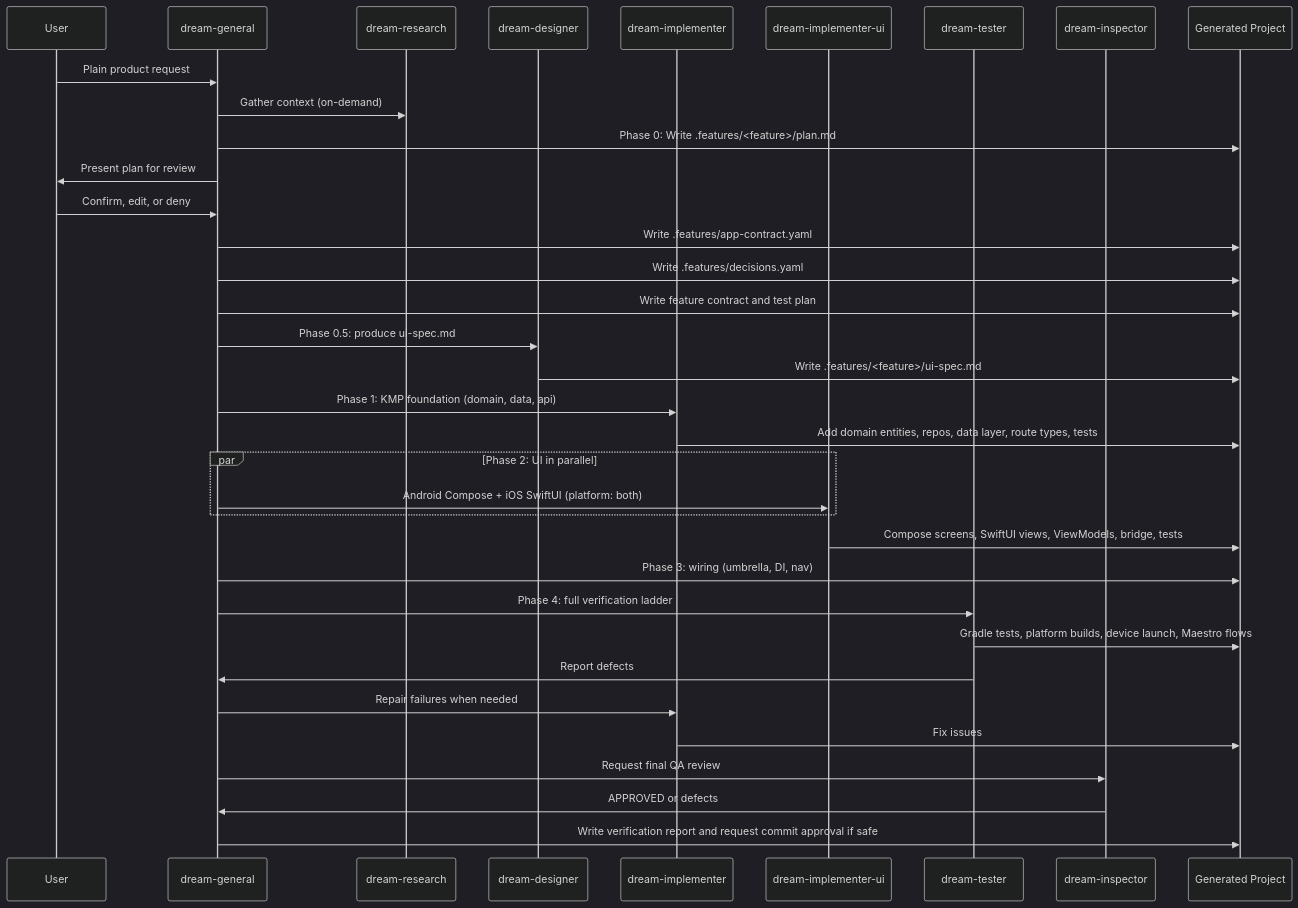
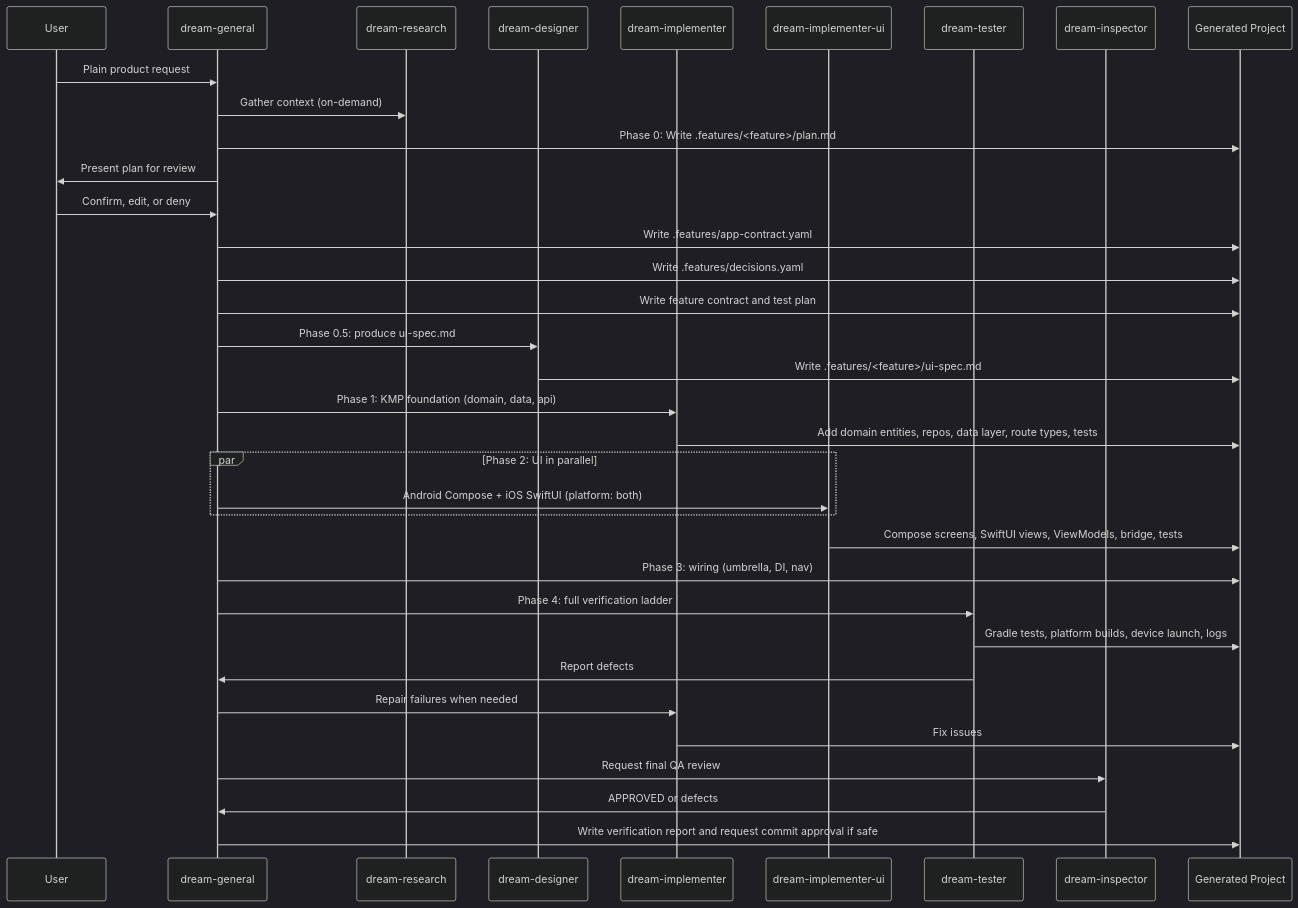
One commit to Helmy2/Dream changed the third of 8 diagrams in ONBOARDING.md. Above: the diagram before and after it, drawn with Mermaid (dark theme). The commit also changed other lines of this file and 27 other files, not shown here.

````diff
--- a/ONBOARDING.md
+++ b/ONBOARDING.md
@@ -68,38 +68,38 @@
 ```mermaid
 sequenceDiagram
     participant User
     participant General as dream-general
     participant Research as dream-research
     participant Designer as dream-designer
     participant Impl as dream-implementer
     participant ImplUI as dream-implementer-ui
     participant Tester as dream-tester
     participant Inspector as dream-inspector
     participant Project as Generated Project
 
     User->>General: Plain product request
     General->>Research: Gather context (on-demand)
     General->>Project: Phase 0: Write .features/<feature>/plan.md
     General->>User: Present plan for review
     User->>General: Confirm, edit, or deny
     General->>Project: Write .features/app-contract.yaml
     General->>Project: Write .features/decisions.yaml
     General->>Project: Write feature contract and test plan
     General->>Designer: Phase 0.5: produce ui-spec.md
     Designer->>Project: Write .features/<feature>/ui-spec.md
     General->>Impl: Phase 1: KMP foundation (domain, data, api)
     Impl->>Project: Add domain entities, repos, data layer, route types, tests
     par Phase 2: UI in parallel
         General->>ImplUI: Android Compose + iOS SwiftUI (platform: both)
     end
     ImplUI->>Project: Compose screens, SwiftUI views, ViewModels, bridge, tests
     General->>Project: Phase 3: wiring (umbrella, DI, nav)
     General->>Tester: Phase 4: full verification ladder
-    Tester->>Project: Gradle tests, platform builds, device launch, Maestro flows
+    Tester->>Project: Gradle tests, platform builds, device launch, logs
     Tester->>General: Report defects
     General->>Impl: Repair failures when needed
     Impl->>Project: Fix issues
     General->>Inspector: Request final QA review
     Inspector->>General: APPROVED or defects
     General->>Project: Write verification report and request commit approval if safe
 ```
````
